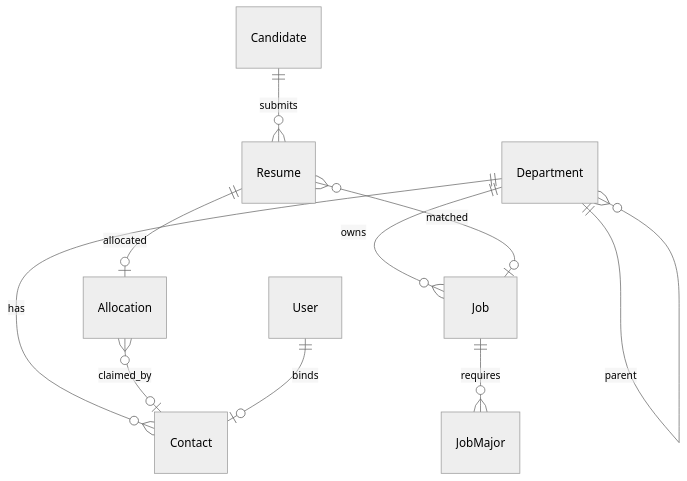
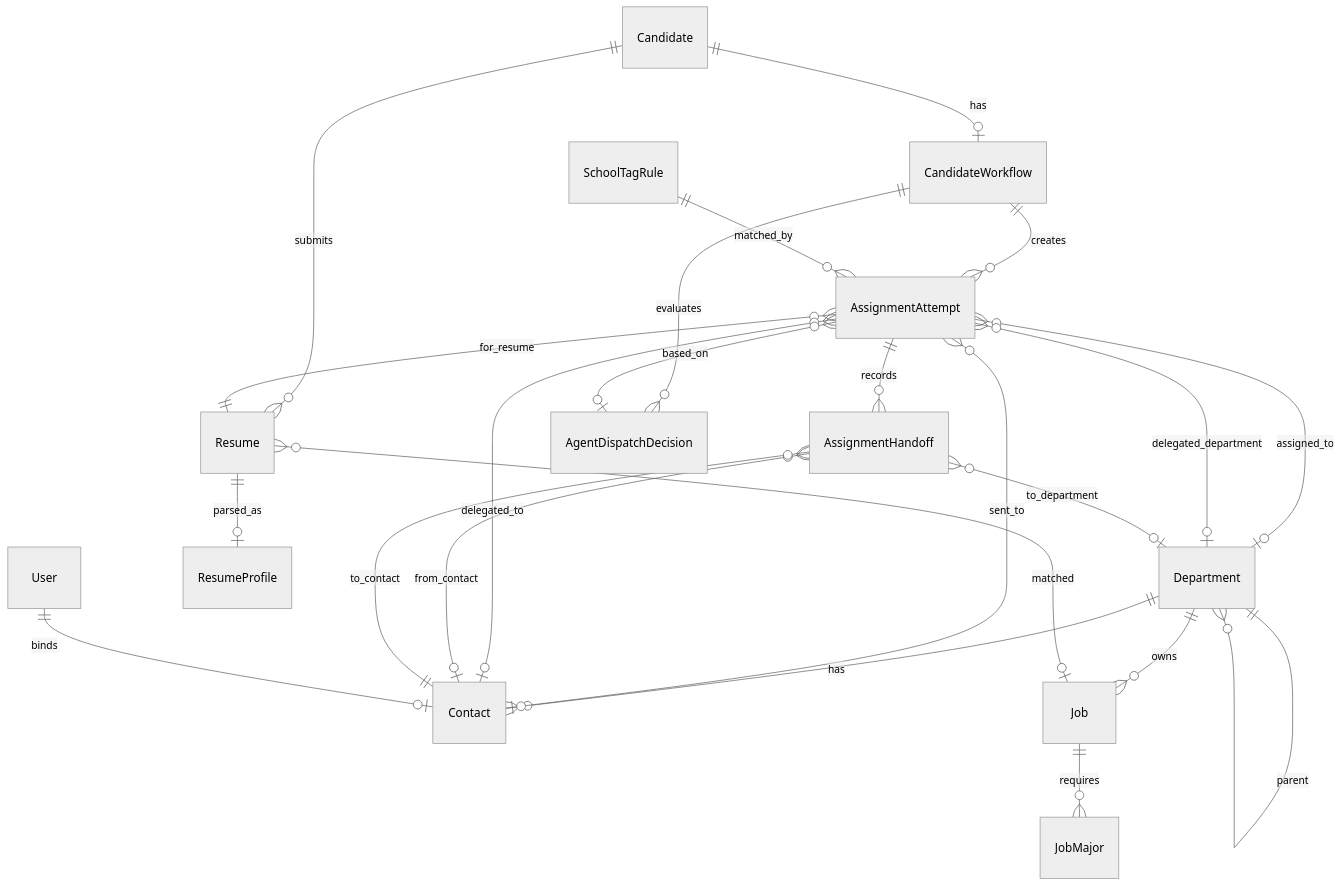
One commit to huyue0228/smart-resume-filter changed the diagram in docs/数据库设计.md. Above: the diagram before and after it, drawn with Mermaid (neutral theme). The commit also changed other lines of this file and 32 other files, not shown here.

Commit message:
implement candidate assignment workflow

````diff
--- a/docs/数据库设计.md
+++ b/docs/数据库设计.md
@@ -15,14 +17,27 @@
 ```mermaid
 erDiagram
     Department ||--o{ Department : parent
     Department ||--o{ Contact : has
     Department ||--o{ Job : owns
     Job ||--o{ JobMajor : requires
 
     Candidate ||--o{ Resume : submits
-    Resume ||--o| Allocation : allocated
+    Resume ||--o| ResumeProfile : parsed_as
     Resume }o--o| Job : matched
-    Allocation }o--o| Contact : claimed_by
+    Candidate ||--o| CandidateWorkflow : has
+    CandidateWorkflow ||--o{ AssignmentAttempt : creates
+    AssignmentAttempt ||--o{ AssignmentHandoff : records
+    CandidateWorkflow ||--o{ AgentDispatchDecision : evaluates
+    AssignmentAttempt }o--|| Resume : for_resume
+    AssignmentAttempt }o--o| Department : assigned_to
+    AssignmentAttempt }o--o| Contact : sent_to
+    AssignmentAttempt }o--o| Department : delegated_department
+    AssignmentAttempt }o--o| Contact : delegated_to
+    AssignmentAttempt }o--o| AgentDispatchDecision : based_on
+    AssignmentHandoff }o--o| Department : to_department
+    AssignmentHandoff }o--o| Contact : from_contact
+    AssignmentHandoff }o--|| Contact : to_contact
+    SchoolTagRule ||--o{ AssignmentAttempt : matched_by
 
     User ||--o| Contact : binds
 ```
````
